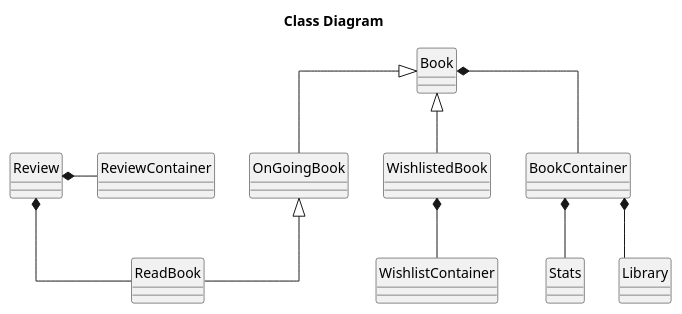
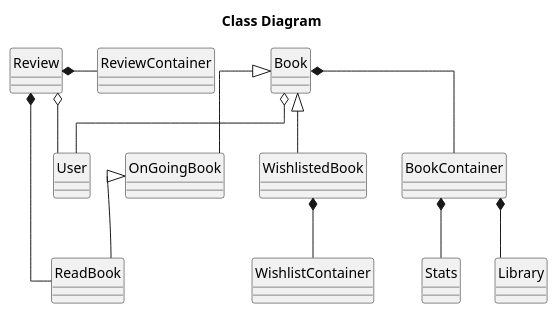
One commit to VitorHTeixeira/DSSMV_ProjectDroid_1232067_1241131_1241008 changed the diagram in UMLs/ClassesModelo/uml/model_classes.puml. Above: the diagram before and after it, drawn with PlantUML.

Commit message:
Alteração do Diagrama model_classes.puml

```diff
--- a/UMLs/ClassesModelo/uml/model_classes.puml
+++ b/UMLs/ClassesModelo/uml/model_classes.puml
@@ -1,29 +1,32 @@
 @startuml
 'https://plantuml.com/class-diagram
 
 hide circle
 skinparam linetype ortho
 title Class Diagram
 
 class Book
 class WishlistedBook
 class OnGoingBook
 class ReadBook
 class BookContainer
 class Review
 class Stats
 class WishlistContainer
 class ReviewContainer
+class User
 
 class Library
 
+Book o-- User
+Review o-- User
 Book <|-- WishlistedBook
 Book <|-- OnGoingBook
 Book *-- BookContainer
 WishlistedBook *-- WishlistContainer
 OnGoingBook <|-- ReadBook
 Review *-- ReadBook
 BookContainer *-- Stats
 BookContainer *-- Library
 Review *- ReviewContainer
 @enduml
```
